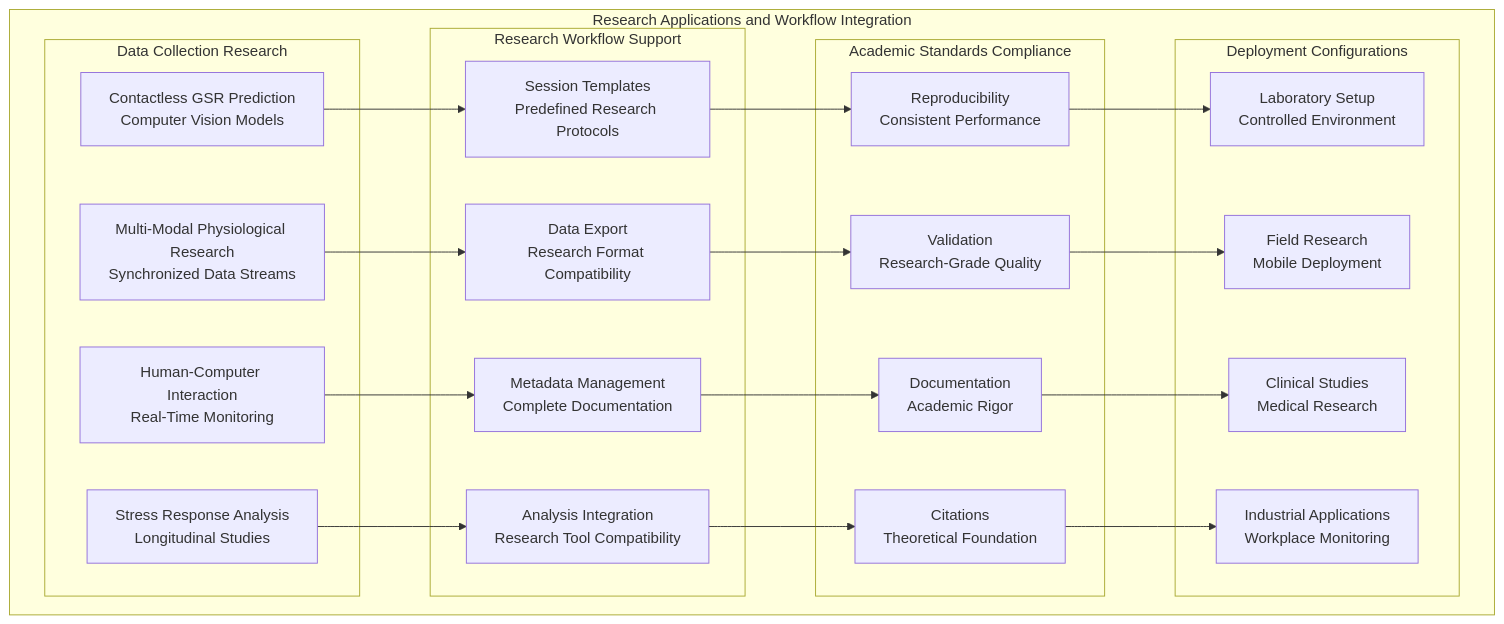
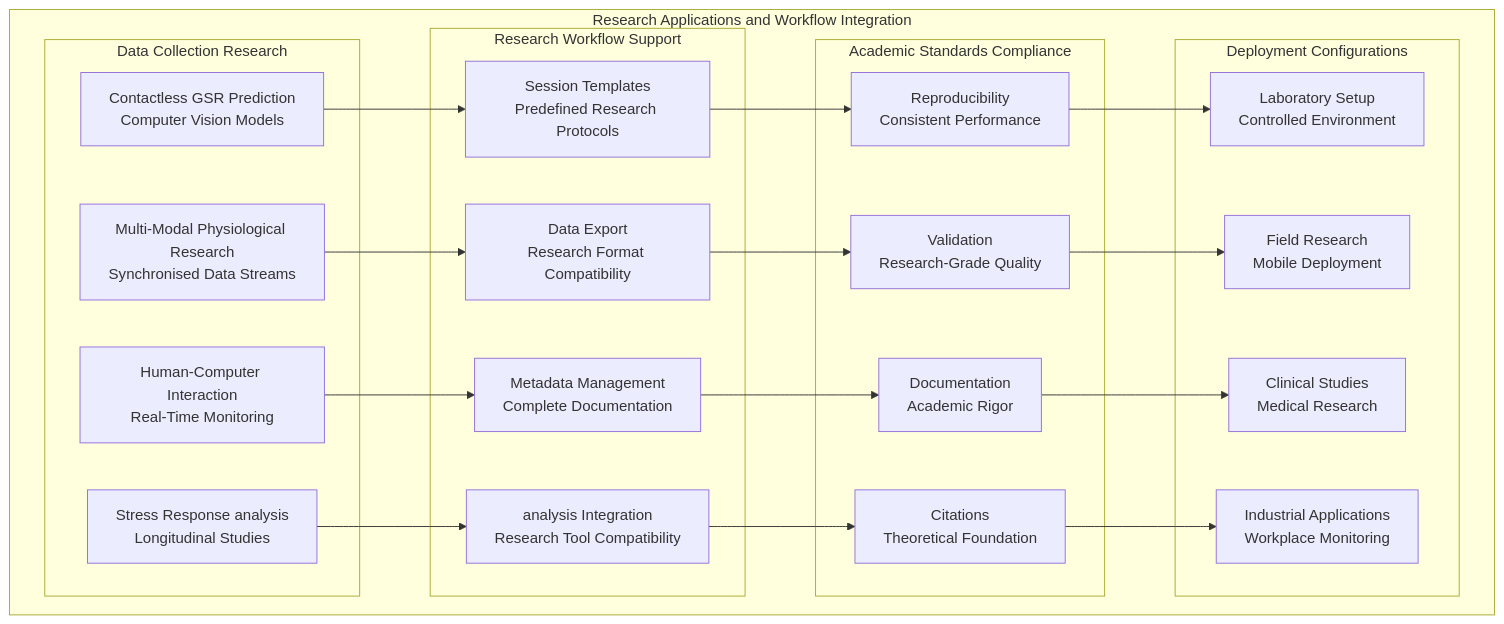
Before and after one commit to buccancs/fyp-multi-sensor-recording-system: the seventh of 8 diagrams in architecture.md, drawn with Mermaid. The commit also changed other lines of this file and 58 other files, not shown here.

````diff
--- a/architecture.md
+++ b/architecture.md
@@ -555,47 +555,47 @@
 ```mermaid
 graph TB
     subgraph "Research Applications and Workflow Integration"
         subgraph "Data Collection Research"
             CONTACTLESS[Contactless GSR Prediction<br/>Computer Vision Models]
-            MULTIMODAL[Multi-Modal Physiological Research<br/>Synchronized Data Streams]
+            MULTIMODAL[Multi-Modal Physiological Research<br/>Synchronised Data Streams]
             HCI[Human-Computer Interaction<br/>Real-Time Monitoring]
-            STRESS[Stress Response Analysis<br/>Longitudinal Studies]
+            STRESS[Stress Response analysis<br/>Longitudinal Studies]
         end
         
         subgraph "Research Workflow Support"
             TEMPLATES[Session Templates<br/>Predefined Research Protocols]
             EXPORT[Data Export<br/>Research Format Compatibility]
             METADATA[Metadata Management<br/>Complete Documentation]
-            ANALYSIS[Analysis Integration<br/>Research Tool Compatibility]
+            analysis[analysis Integration<br/>Research Tool Compatibility]
         end
         
         subgraph "Academic Standards Compliance"
             REPRODUCIBLE[Reproducibility<br/>Consistent Performance]
             VALIDATED[Validation<br/>Research-Grade Quality]
             DOCUMENTED[Documentation<br/>Academic Rigor]
             CITED[Citations<br/>Theoretical Foundation]
         end
         
         subgraph "Deployment Configurations"
             LAB[Laboratory Setup<br/>Controlled Environment]
             FIELD[Field Research<br/>Mobile Deployment]
             CLINICAL[Clinical Studies<br/>Medical Research]
             INDUSTRIAL[Industrial Applications<br/>Workplace Monitoring]
         end
     end
     
     CONTACTLESS --> TEMPLATES
     MULTIMODAL --> EXPORT
     HCI --> METADATA
-    STRESS --> ANALYSIS
+    STRESS --> analysis
     
     TEMPLATES --> REPRODUCIBLE
     EXPORT --> VALIDATED
     METADATA --> DOCUMENTED
-    ANALYSIS --> CITED
+    analysis --> CITED
     
     REPRODUCIBLE --> LAB
     VALIDATED --> FIELD
     DOCUMENTED --> CLINICAL
     CITED --> INDUSTRIAL
 ```
````
